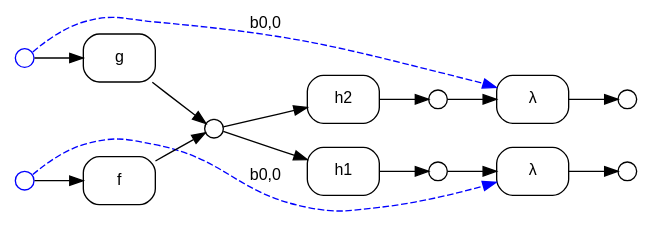
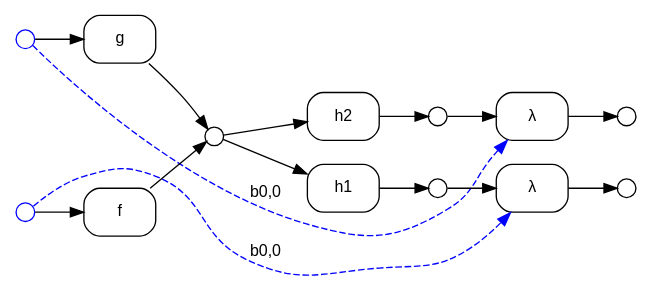
The diagram in safety_unsafe_crossing_distinct.dot (ammatsui/bhypvis), drawn with Graphviz before and after one commit. The commit also changed other lines of this file and 828 other files, not shown here.

```diff
--- a/safety_unsafe_crossing_distinct.dot
+++ b/safety_unsafe_crossing_distinct.dot
@@ -1,42 +1,42 @@
 digraph G {
   fontname="Helvetica"
   fontsize=12
   rankdir=LR;
   node [fontname="Helvetica", fontsize=12];
   edge [fontname="Helvetica", fontsize=12];
 
   // Nodes
-  n2 [label="", shape=circle, style=filled, fillcolor=white, color="black", width=0.2, height=0.2, fixedsize=true];
-  n1 [label="", shape=circle, style=filled, fillcolor=white, color="blue", width=0.2, height=0.2, fixedsize=true];
   n4 [label="", shape=circle, style=filled, fillcolor=white, color="black", width=0.2, height=0.2, fixedsize=true];
-  n3 [label="", shape=circle, style=filled, fillcolor=white, color="black", width=0.2, height=0.2, fixedsize=true];
-  n0 [label="", shape=circle, style=filled, fillcolor=white, color="blue", width=0.2, height=0.2, fixedsize=true];
   n5 [label="", shape=circle, style=filled, fillcolor=white, color="black", width=0.2, height=0.2, fixedsize=true];
   n6 [label="", shape=circle, style=filled, fillcolor=white, color="black", width=0.2, height=0.2, fixedsize=true];
+  n0 [label="", shape=circle, style=filled, fillcolor=white, color="blue", width=0.2, height=0.2, fixedsize=true];
+  n1 [label="", shape=circle, style=filled, fillcolor=white, color="blue", width=0.2, height=0.2, fixedsize=true];
+  n3 [label="", shape=circle, style=filled, fillcolor=white, color="black", width=0.2, height=0.2, fixedsize=true];
+  n2 [label="", shape=circle, style=filled, fillcolor=white, color="black", width=0.2, height=0.2, fixedsize=true];
 
   // Hyperedges
+  e2 [label="g", shape=box, style=rounded, color="black"];
   e4 [label="λ", shape=box, style=rounded, color="black"];
   e3 [label="h2", shape=box, style=rounded, color="black"];
+  e5 [label="λ", shape=box, style=rounded, color="black"];
   e0 [label="f", shape=box, style=rounded, color="black"];
-  e5 [label="λ", shape=box, style=rounded, color="black"];
-  e2 [label="g", shape=box, style=rounded, color="black"];
   e1 [label="h1", shape=box, style=rounded, color="black"];
 
   // Source connections
+  n1 -> e2 [label=""];
   n3 -> e4 [label=""];
   n0 -> e4 [style=dashed, color="blue", constraint=false, label="b0,0"];
   n2 -> e3 [label=""];
-  n0 -> e0 [label=""];
   n4 -> e5 [label=""];
   n1 -> e5 [style=dashed, color="blue", constraint=false, label="b0,0"];
-  n1 -> e2 [label=""];
+  n0 -> e0 [label=""];
   n2 -> e1 [label=""];
 
   // Target connections
+  e2 -> n2 [label=""];
   e4 -> n5 [label=""];
   e3 -> n4 [label=""];
+  e5 -> n6 [label=""];
   e0 -> n2 [label=""];
-  e5 -> n6 [label=""];
-  e2 -> n2 [label=""];
   e1 -> n3 [label=""];
 }
```
